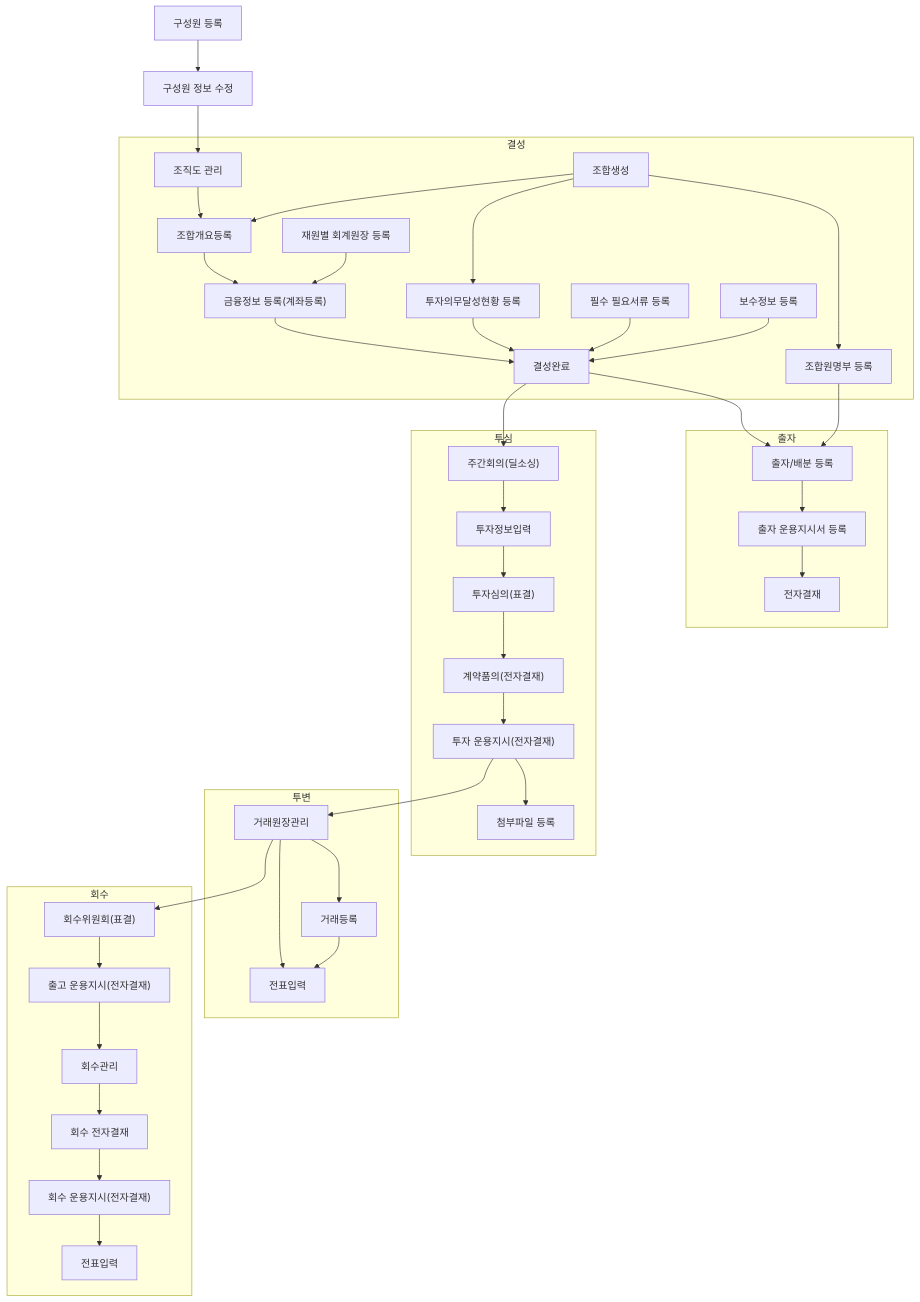
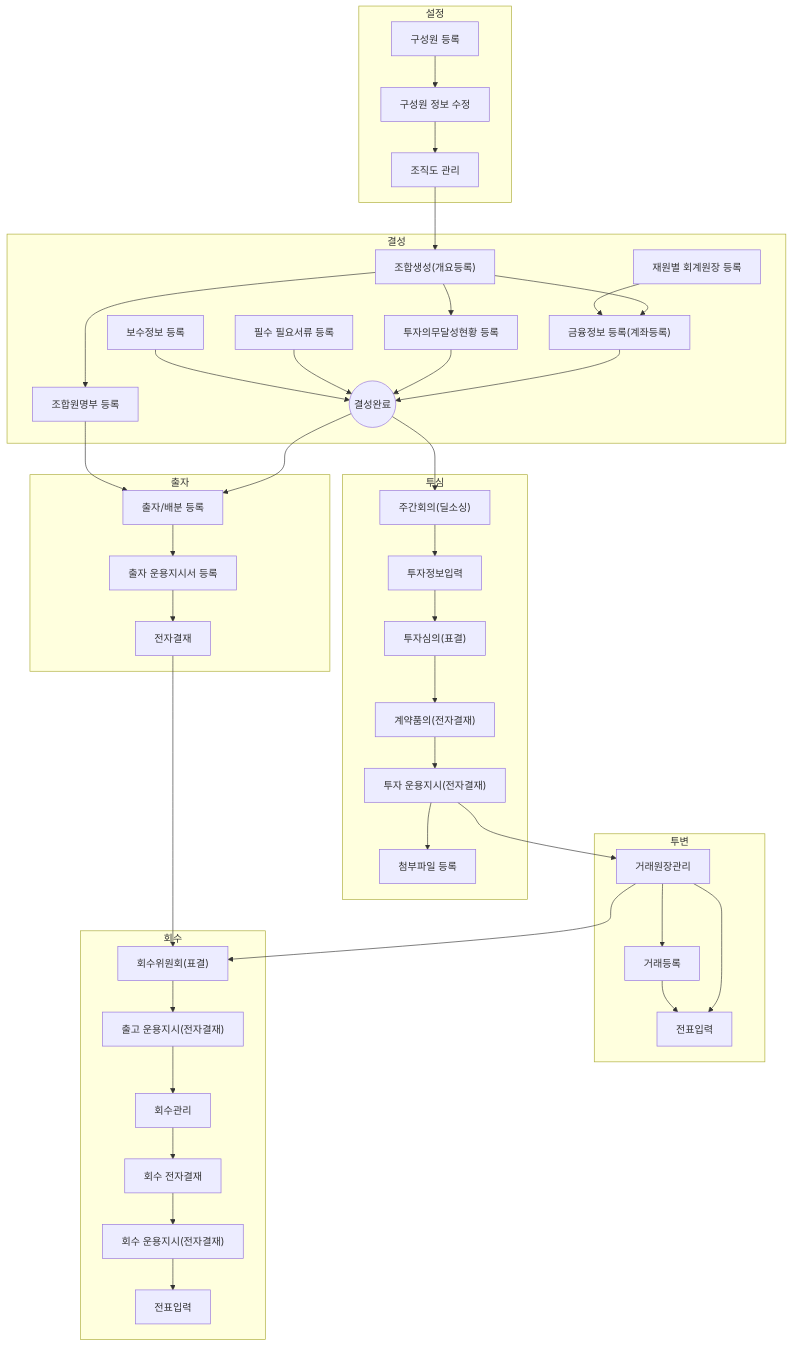
Before and after one commit to cotes2020/jekyll-theme-chirpy: the diagram in _tabs/about.md, drawn with Mermaid. The commit also changed other lines of this file and 1 other file, not shown here.

Commit message:
포스팅개수 확정용

````diff
--- a/_tabs/about.md
+++ b/_tabs/about.md
@@ -13,29 +11,32 @@
 ```mermaid
 flowchart TD
 
+    subgraph 설정["설정"]
         hr0001["구성원 등록"]
         hr0002["구성원 정보 수정"]
         hr0007["조직도 관리"]
 
         hr0001 --> hr0002
-        hr0002 --> hr0007
-
+        hr0002 --> hr0007    
+    end
+    hr0007 --> fd0001
+    
     subgraph 결성["결성"]
-        fd0001["조합생성"]
-        fd0009["조합개요등록"]
+        fd0001["조합생성(개요등록)"]
+        %% fd0009["조합개요등록"]
         fd0010["투자의무달성현황 등록"]
         fd0011["조합원명부 등록"]
         fm0010["재원별 회계원장 등록"]
         fd0009a["금융정보 등록(계좌등록)"]
         fd0013["필수 필요서류 등록"]
         fd0012["보수정보 등록"]
-        fd0000["결성완료"]
+        fd0000(("결성완료"))
 
-        hr0007 --> fd0009
-        fd0001 --> fd0009
+        
+        %% fd0001 --> fd0001
         fd0001 --> fd0010
         fd0001 --> fd0011 
-        fd0009 --> fd0009a 
+        fd0001 --> fd0009a 
         fm0010 --> fd0009a
 
 
@@ -100,6 +101,7 @@
         ex0007 --> ex0009
         ex0009 --> ex0009a
         ex0009a --> fm0002a
+        ed0001 --> ex0001
 
 
     end
@@ -121,7 +123,6 @@
 click fd0006 "{% post_url 2024-07-07-fd0006 %}" " "
 click oi0002 "{% post_url 2024-07-07-oi0002 %}" " "
 click ed0001 "{% post_url 2024-07-08-ed0001 %}" " "
-click wr0003 "{% post_url 2024-07-09-wr0003 %}" " "
 
 %% style fd0001 fill:#e6ffe6,stroke:#66cc66,stroke-width:2px,rx:10,ry:10
 
````
